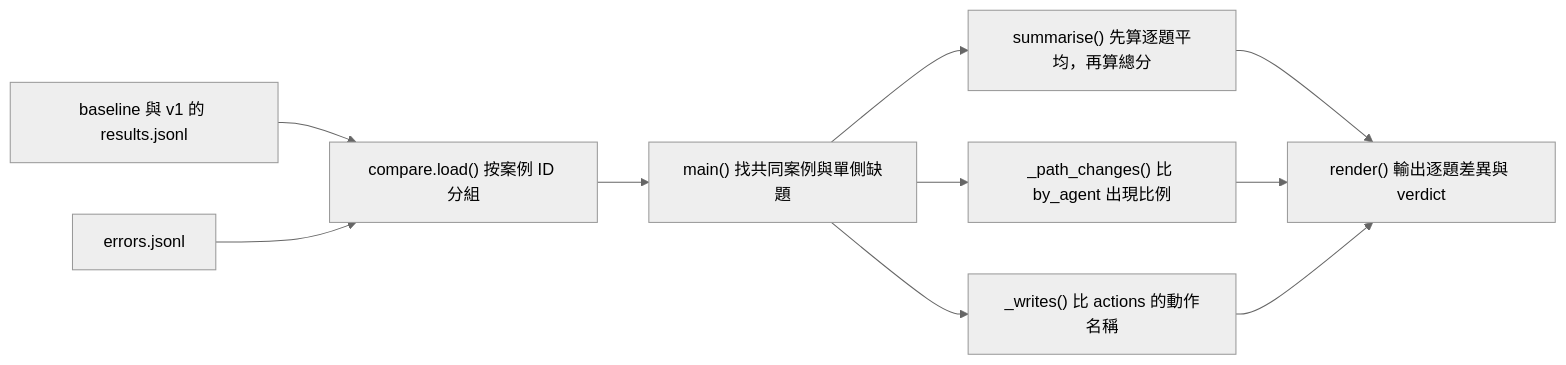
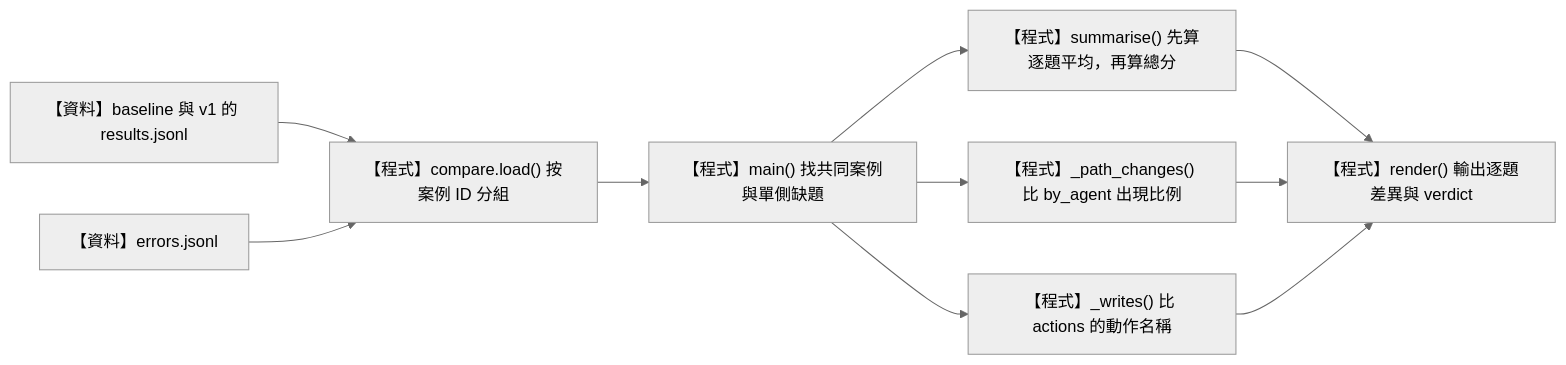
Before and after one commit to swchen44/personal-knowledge-base-from-ai: the third of 4 diagrams in AI/2026-10-22-BUILDING-AGENTS-WHEN-TO-FOLD-SUBAGENTS.md, drawn with Mermaid (neutral theme). The commit also changed other lines of this file and 1 other file, not shown here.

Commit message:
kb: label rule-based, model, and human actions in loop diagrams

````diff
--- a/AI/2026-10-22-BUILDING-AGENTS-WHEN-TO-FOLD-SUBAGENTS.md
+++ b/AI/2026-10-22-BUILDING-AGENTS-WHEN-TO-FOLD-SUBAGENTS.md
@@ -209,12 +222,12 @@
 ```mermaid
 flowchart LR
-    A["baseline 與 v1 的 results.jsonl"] --> B["compare.load() 按案例 ID 分組"]
-    ER["errors.jsonl"] --> B
-    B --> C["main() 找共同案例與單側缺題"]
-    C --> D["summarise() 先算逐題平均，再算總分"]
-    C --> E["_path_changes() 比 by_agent 出現比例"]
-    C --> F["_writes() 比 actions 的動作名稱"]
-    D --> G["render() 輸出逐題差異與 verdict"]
+    A["【資料】baseline 與 v1 的 results.jsonl"] --> B["【程式】compare.load() 按案例 ID 分組"]
+    ER["【資料】errors.jsonl"] --> B
+    B --> C["【程式】main() 找共同案例與單側缺題"]
+    C --> D["【程式】summarise() 先算逐題平均，再算總分"]
+    C --> E["【程式】_path_changes() 比 by_agent 出現比例"]
+    C --> F["【程式】_writes() 比 actions 的動作名稱"]
+    D --> G["【程式】render() 輸出逐題差異與 verdict"]
     E --> G
     F --> G
 ```
````
